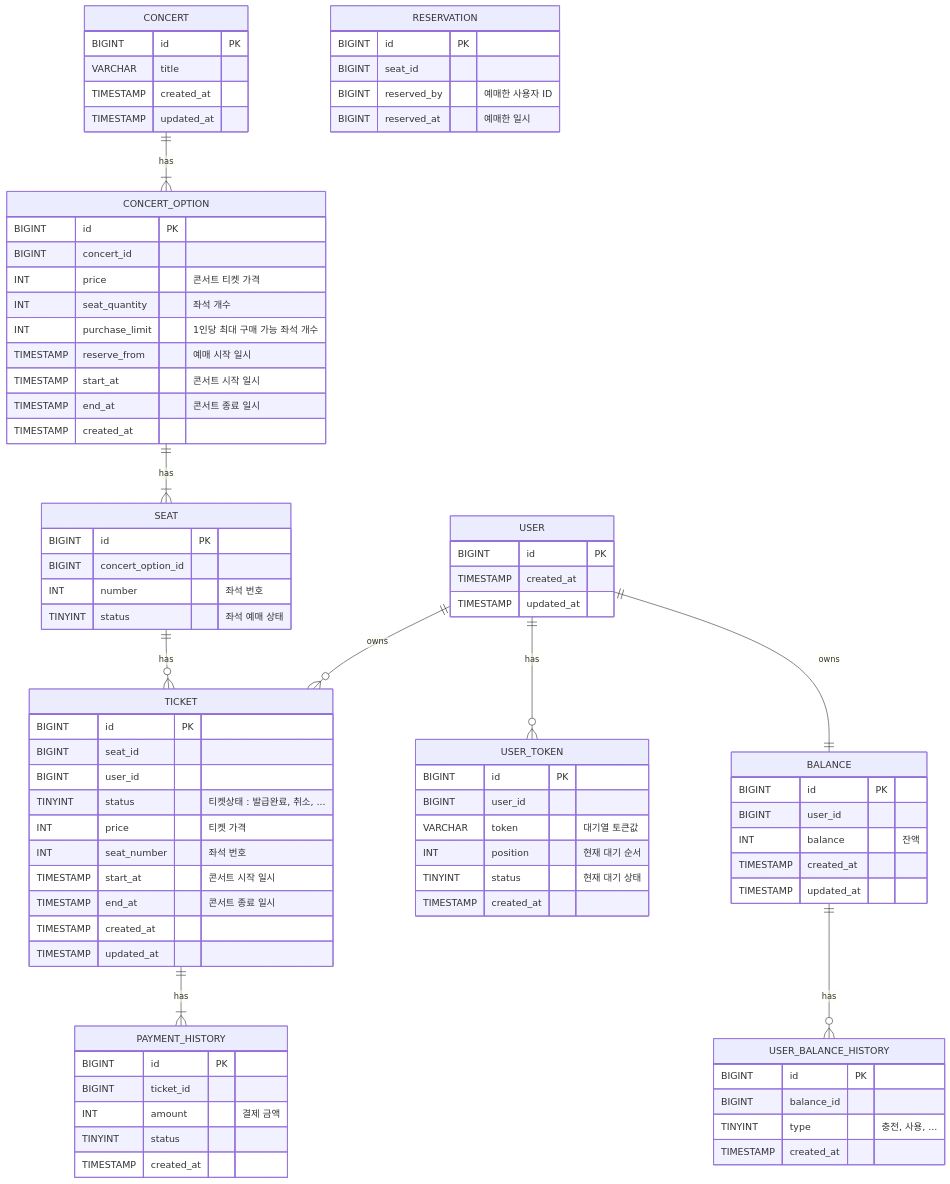
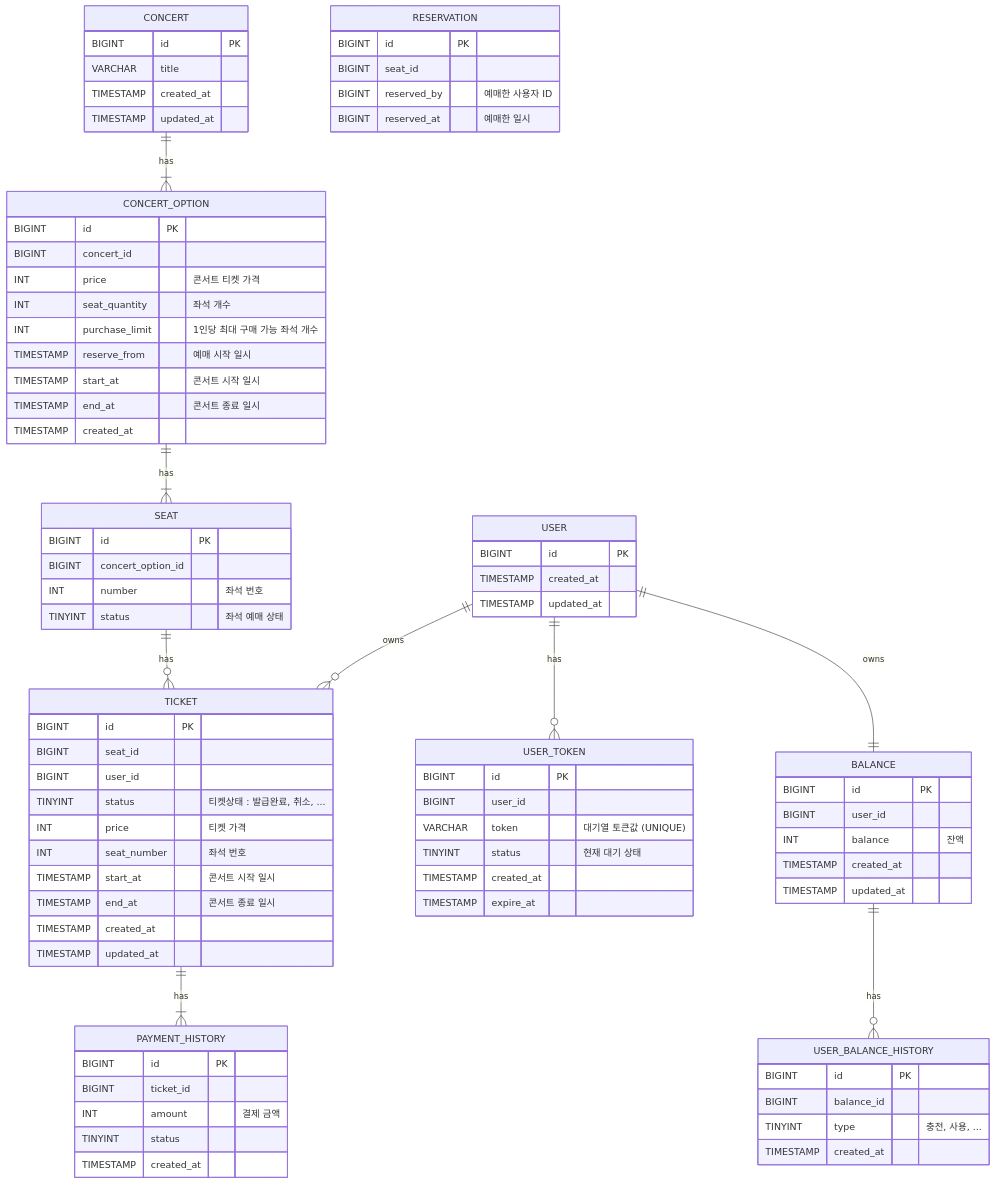
One commit to vvoohhee/concert-system changed the diagram in document/diagram/erd/erd.md. Above: the diagram before and after it, drawn with Mermaid. The commit also changed 17 other files, not shown here.

```diff
--- a/document/diagram/erd/erd.md
+++ b/document/diagram/erd/erd.md
@@ -24,10 +24,10 @@
     USER_TOKEN {
         BIGINT id PK
         BIGINT user_id
-        VARCHAR token "대기열 토큰값"
-        INT position "현재 대기 순서"
+        VARCHAR token "대기열 토큰값 (UNIQUE)"
         TINYINT status "현재 대기 상태"
         TIMESTAMP created_at
+        TIMESTAMP expire_at
     }
 
     CONCERT {
```
